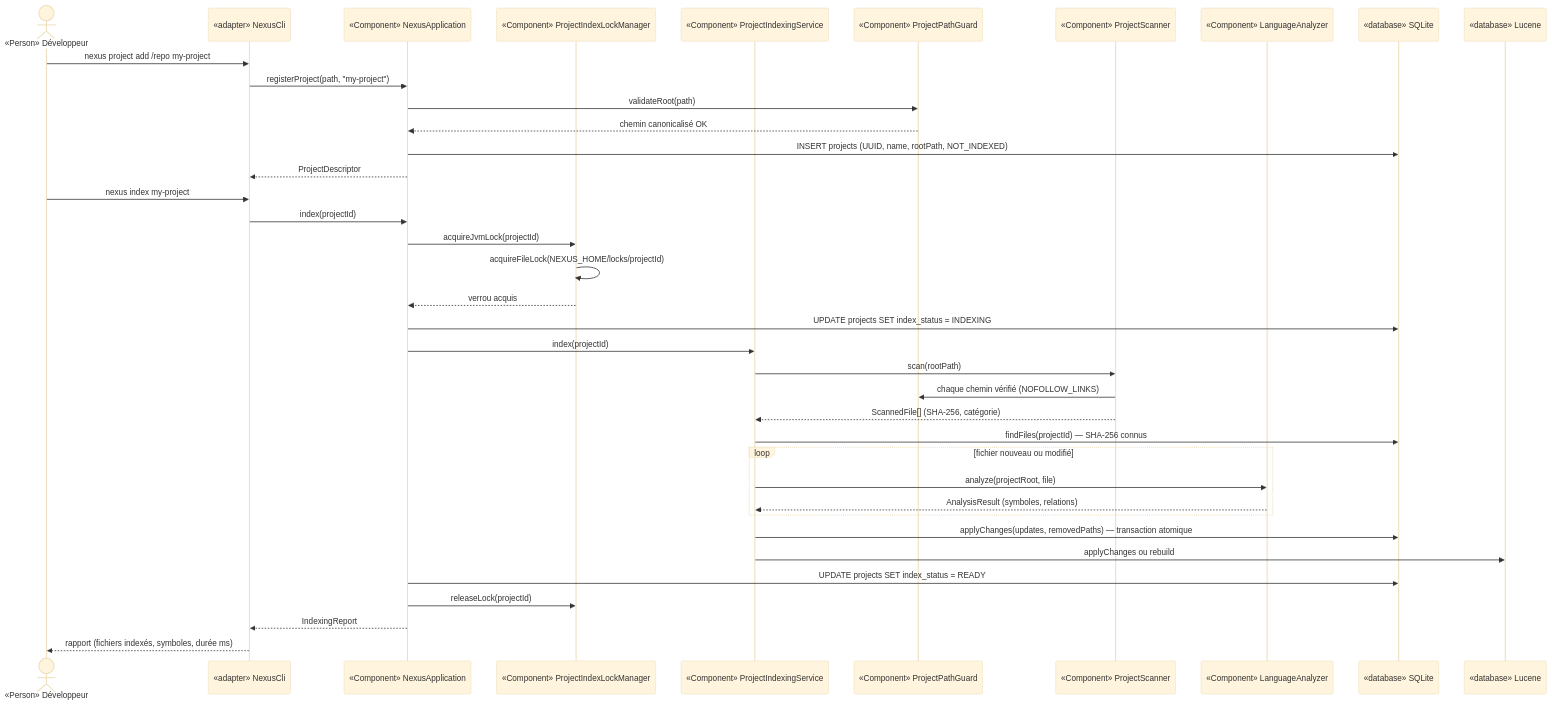
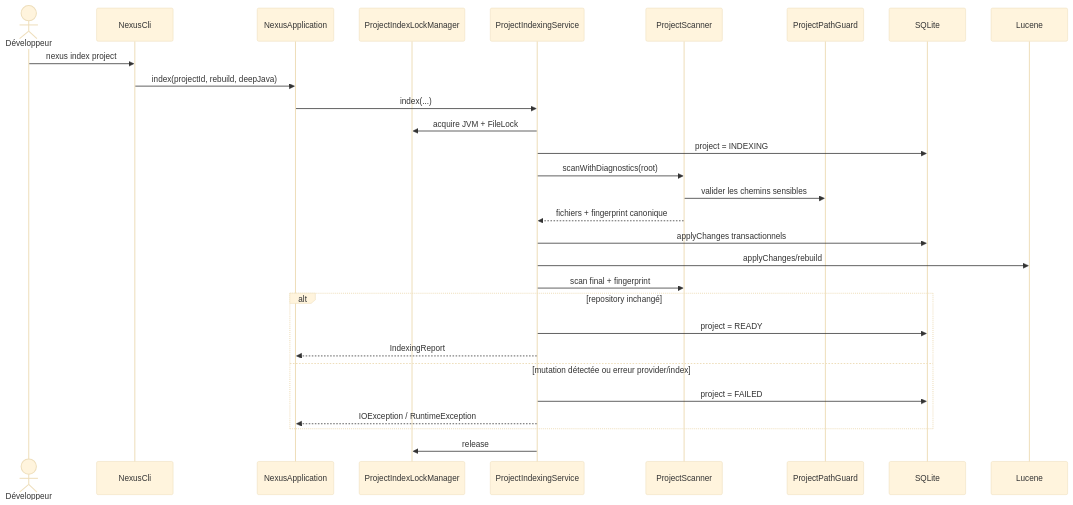
One commit to FTurleque/nexus-context-engine changed the first of 8 diagrams in docs/architecture/arc42/06-vue-execution.md. Above: the diagram before and after it, drawn with Mermaid (base theme). The commit also changed other lines of this file, not shown here.

Commit message:
docs(arc42): reconcile execution scenarios with fail-closed runtime

````diff
--- a/docs/architecture/arc42/06-vue-execution.md
+++ b/docs/architecture/arc42/06-vue-execution.md
@@ -11,42 +7,32 @@
 ```mermaid
 sequenceDiagram
-    actor User as «Person» Développeur
-    participant CLI as «adapter» NexusCli
-    participant App as «Component» NexusApplication
-    participant LockMgr as «Component» ProjectIndexLockManager
-    participant IndexSvc as «Component» ProjectIndexingService
-    participant Guard as «Component» ProjectPathGuard
-    participant Scanner as «Component» ProjectScanner
-    participant Analyzer as «Component» LanguageAnalyzer
-    participant SQLiteDB as «database» SQLite
-    participant LuceneDB as «database» Lucene
+    actor User as Développeur
+    participant CLI as NexusCli
+    participant App as NexusApplication
+    participant Lock as ProjectIndexLockManager
+    participant Index as ProjectIndexingService
+    participant Scanner as ProjectScanner
+    participant Guard as ProjectPathGuard
+    participant SQLite as SQLite
+    participant Lucene as Lucene
 
-    User->>CLI: nexus project add /repo my-project
-    CLI->>App: registerProject(path, "my-project")
-    App->>Guard: validateRoot(path)
-    Guard-->>App: chemin canonicalisé OK
-    App->>SQLiteDB: INSERT projects (UUID, name, rootPath, NOT_INDEXED)
-    App-->>CLI: ProjectDescriptor
-
-    User->>CLI: nexus index my-project
-    CLI->>App: index(projectId)
-    App->>LockMgr: acquireJvmLock(projectId)
-    LockMgr->>LockMgr: acquireFileLock(NEXUS_HOME/locks/projectId)
-    LockMgr-->>App: verrou acquis
-    App->>SQLiteDB: UPDATE projects SET index_status = INDEXING
-    App->>IndexSvc: index(projectId)
-    IndexSvc->>Scanner: scan(rootPath)
-    Scanner->>Guard: chaque chemin vérifié (NOFOLLOW_LINKS)
-    Scanner-->>IndexSvc: ScannedFile[] (SHA-256, catégorie)
-    IndexSvc->>SQLiteDB: findFiles(projectId) — SHA-256 connus
-    loop fichier nouveau ou modifié
-        IndexSvc->>Analyzer: analyze(projectRoot, file)
-        Analyzer-->>IndexSvc: AnalysisResult (symboles, relations)
+    User->>CLI: nexus index project
+    CLI->>App: index(projectId, rebuild, deepJava)
+    App->>Index: index(...)
+    Index->>Lock: acquire JVM + FileLock
+    Index->>SQLite: project = INDEXING
+    Index->>Scanner: scanWithDiagnostics(root)
+    Scanner->>Guard: valider les chemins sensibles
+    Scanner-->>Index: fichiers + fingerprint canonique
+    Index->>SQLite: applyChanges transactionnels
+    Index->>Lucene: applyChanges/rebuild
+    Index->>Scanner: scan final + fingerprint
+    alt repository inchangé
+        Index->>SQLite: project = READY
+        Index-->>App: IndexingReport
+    else mutation détectée ou erreur provider/index
+        Index->>SQLite: project = FAILED
+        Index-->>App: IOException / RuntimeException
     end
-    IndexSvc->>SQLiteDB: applyChanges(updates, removedPaths) — transaction atomique
-    IndexSvc->>LuceneDB: applyChanges ou rebuild
-    App->>SQLiteDB: UPDATE projects SET index_status = READY
-    App->>LockMgr: releaseLock(projectId)
-    App-->>CLI: IndexingReport
-    CLI-->>User: rapport (fichiers indexés, symboles, durée ms)
+    Index->>Lock: release
 ```
````
